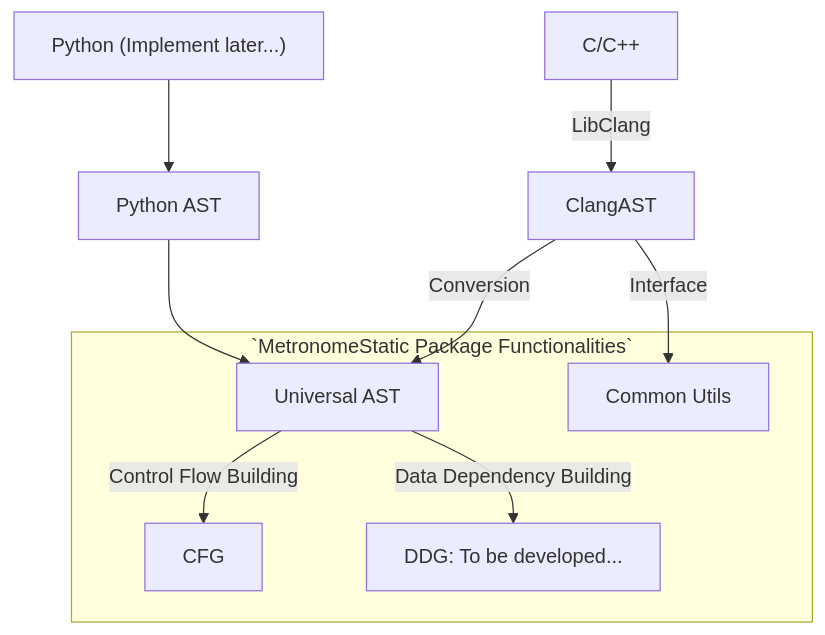
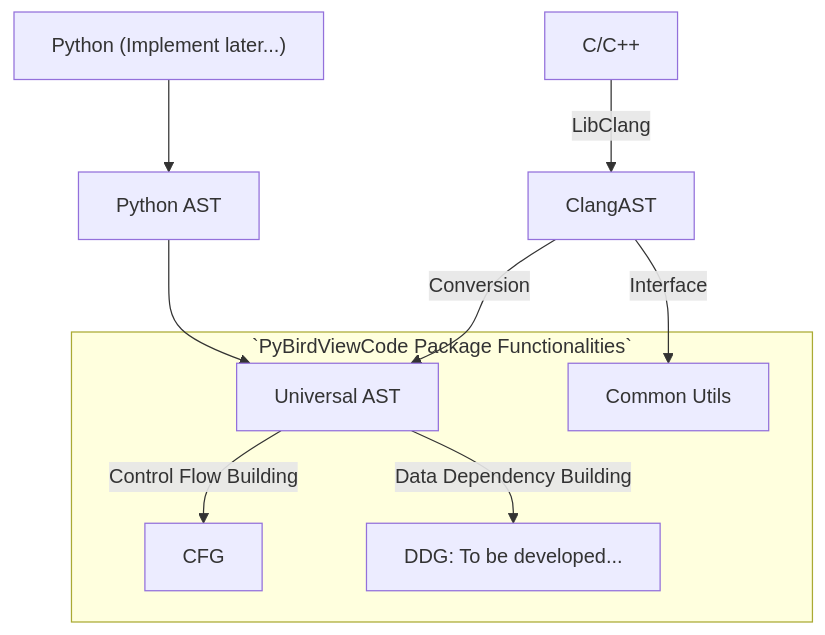
The diagram in README_zh_template.md (h-mole/MetronomeStatic), drawn with Mermaid before and after one commit. The commit also changed other lines of this file and 83 other files, not shown here.

````diff
--- a/README_zh_template.md
+++ b/README_zh_template.md
@@ -9,19 +9,19 @@
 ```mermaid
 graph TD
     C/C++ -->|LibClang| ClangAST
     Python["Python (Implement later...)"] --> PythonAST[Python AST] --> UAST
     
     ClangAST -->|Conversion| UAST
 
-    subgraph `MetronomeStatic Package Functionalities`
+    subgraph `PyBirdViewCode Package Functionalities`
 
         UAST[Universal AST]
         CommonUtils["Common Utils"]
         
         UAST -->|Control Flow Building| CFG
         UAST -->|Data Dependency Building| DDG["DDG: To be developed..."]
     
     end
 
     ClangAST --> |Interface| CommonUtils
 ```
````
